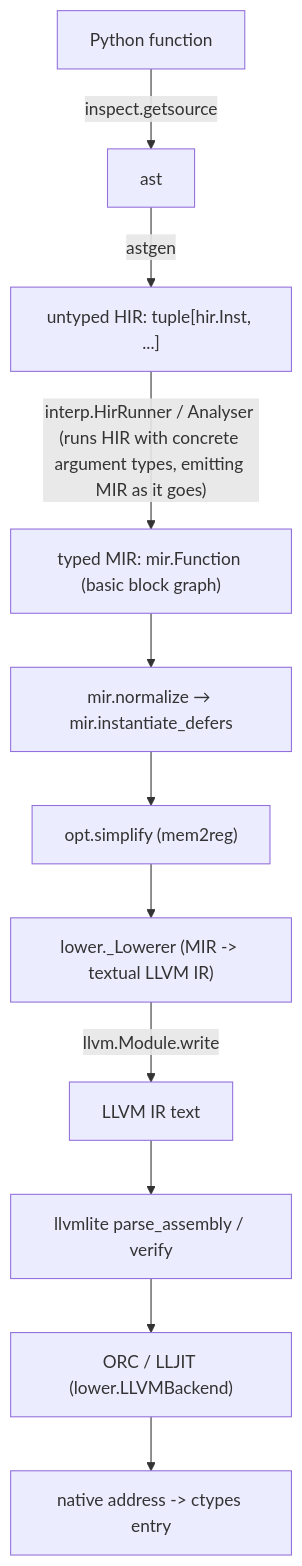
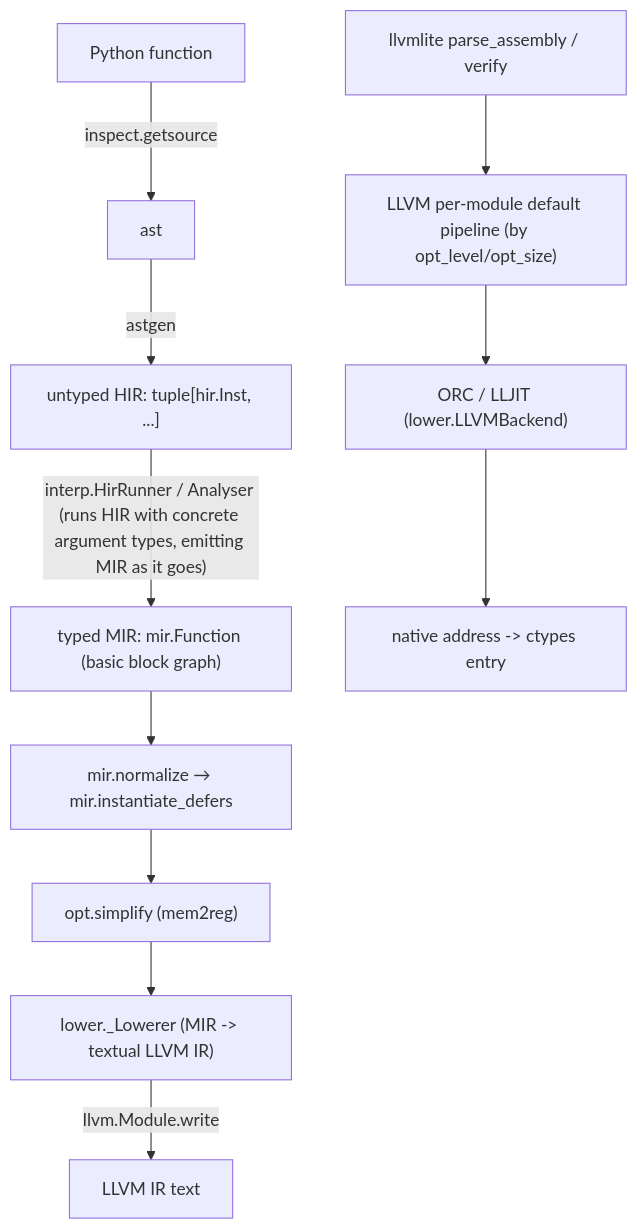
One commit to Hadron67/spy changed the diagram in doc/en/implementation.md. Above: the diagram before and after it, drawn with Mermaid. The commit also changed other lines of this file and 15 other files, not shown here.

Commit message:
feat(jit): add LLVM optimization pipeline and clang-style union reinterpretation

````diff
--- a/doc/en/implementation.md
+++ b/doc/en/implementation.md
@@ -10,13 +10,14 @@
 ```mermaid
 flowchart TD
     PY["Python function"] -->|inspect.getsource| AST["ast"]
     AST -->|astgen| HIR["untyped HIR: tuple[hir.Inst, ...]"]
     HIR -->|"interp.HirRunner / Analyser (runs HIR with concrete argument types, emitting MIR as it goes)"| MIR["typed MIR: mir.Function (basic block graph)"]
     MIR --> NORM["mir.normalize → mir.instantiate_defers"]
     NORM --> OPT["opt.simplify (mem2reg)"]
     OPT --> LOWER["lower._Lowerer (MIR -> textual LLVM IR)"]
     LOWER -->|llvm.Module.write| TEXT["LLVM IR text"]
-    TEXT --> VERIFY["llvmlite parse_assembly / verify"]
-    VERIFY --> JIT["ORC / LLJIT (lower.LLVMBackend)"]
+    VERIFY["llvmlite parse_assembly / verify"]
+    VERIFY --> OPTLLVM["LLVM per-module default pipeline (by opt_level/opt_size)"]
+    OPTLLVM --> JIT["ORC / LLJIT (lower.LLVMBackend)"]
     JIT --> NATIVE["native address -> ctypes entry"]
 ```
````
